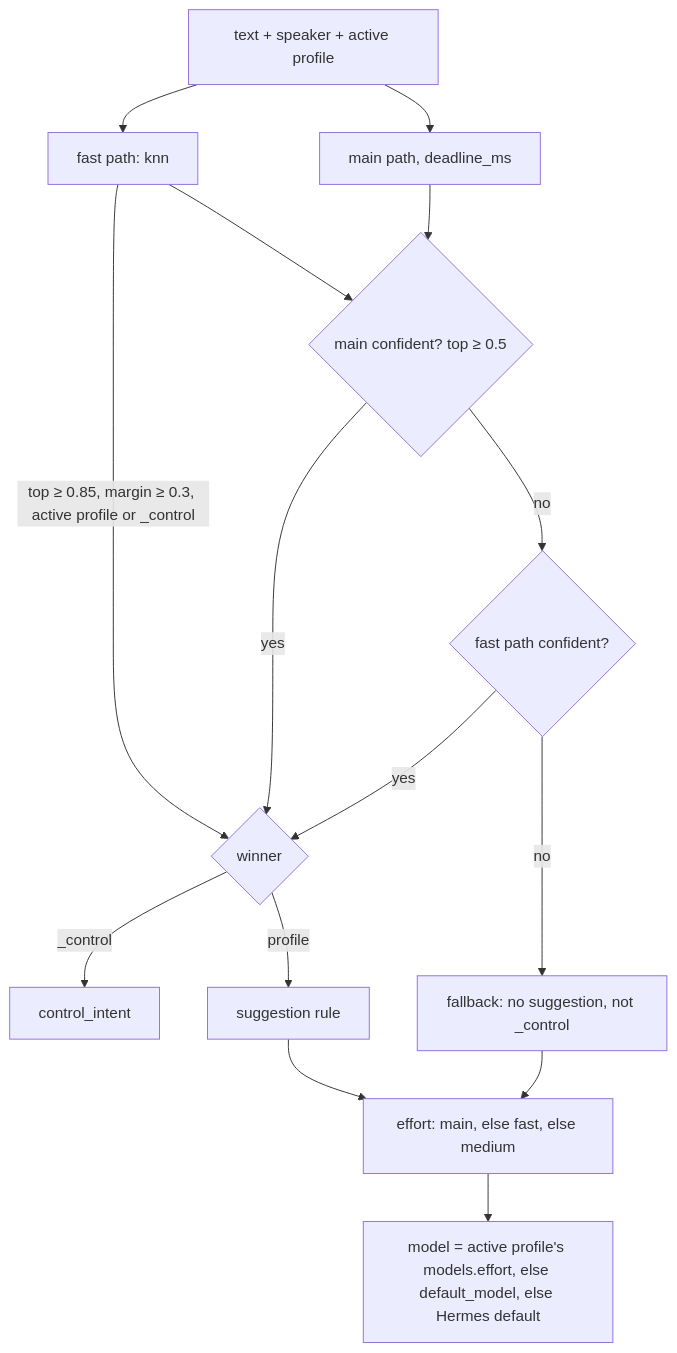
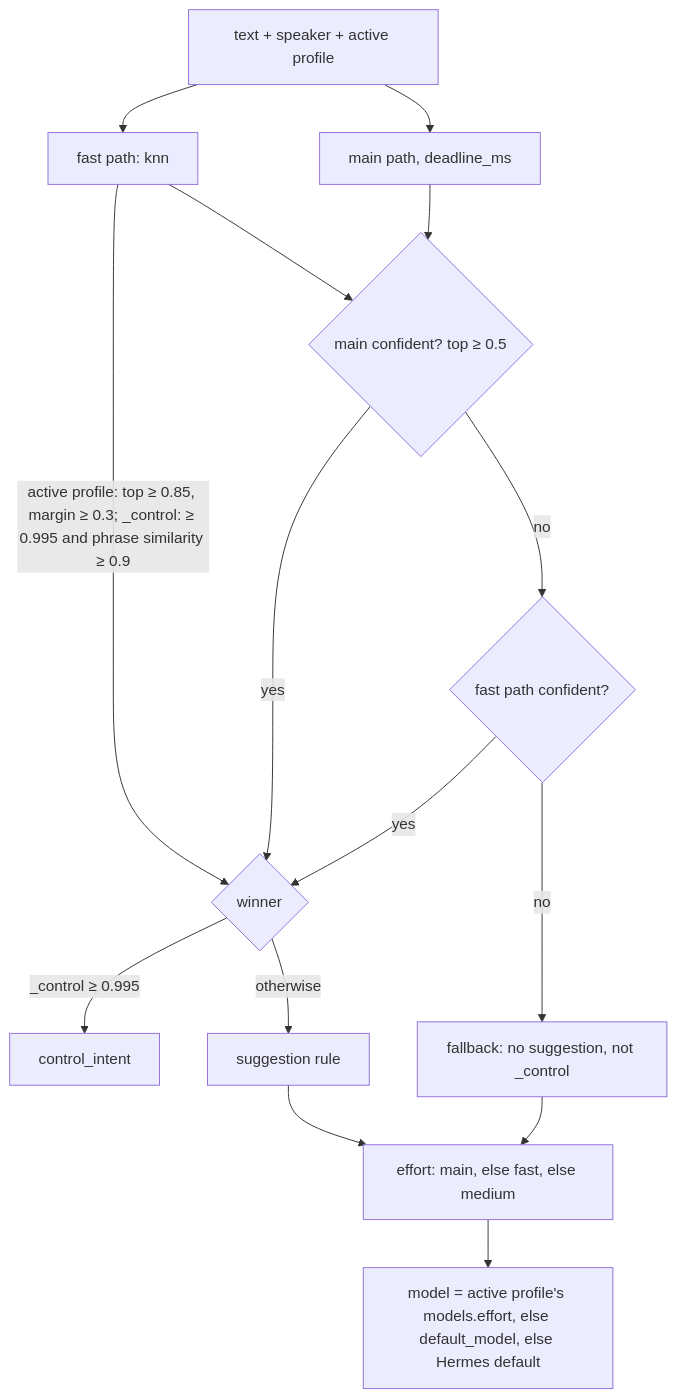
The fourth of 4 diagrams in docs/system/architecture.md (robsgreen/hermes-duplex), drawn with Mermaid before and after one commit. The commit also changed other lines of this file and 11 other files, not shown here.

````diff
--- a/docs/system/architecture.md
+++ b/docs/system/architecture.md
@@ -268,17 +268,17 @@
 ```mermaid
 flowchart TD
   T[text + speaker + active profile] --> K[fast path: knn]
   T --> D[main path, deadline_ms]
-  K -->|top ≥ 0.85, margin ≥ 0.3, active profile or _control| W
+  K -->|active profile: top ≥ 0.85, margin ≥ 0.3; _control: ≥ 0.995 and phrase similarity ≥ 0.9| W
   D --> C{main confident? top ≥ 0.5}
   K --> C
   C -- yes --> W{winner}
   C -- no --> F{fast path confident?}
   F -- yes --> W
   F -- no --> N[fallback: no suggestion, not _control]
-  W -- _control --> X[control_intent]
-  W -- profile --> S[suggestion rule]
+  W -- _control ≥ 0.995 --> X[control_intent]
+  W -- otherwise --> S[suggestion rule]
   N --> E[effort: main, else fast, else medium]
   S --> E
   E --> M[model = active profile's models.effort, else default_model, else Hermes default]
 ```
````
